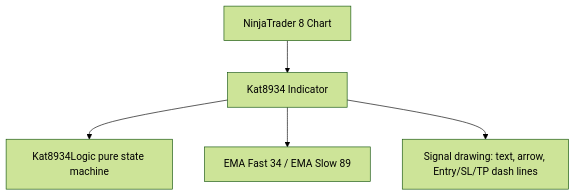
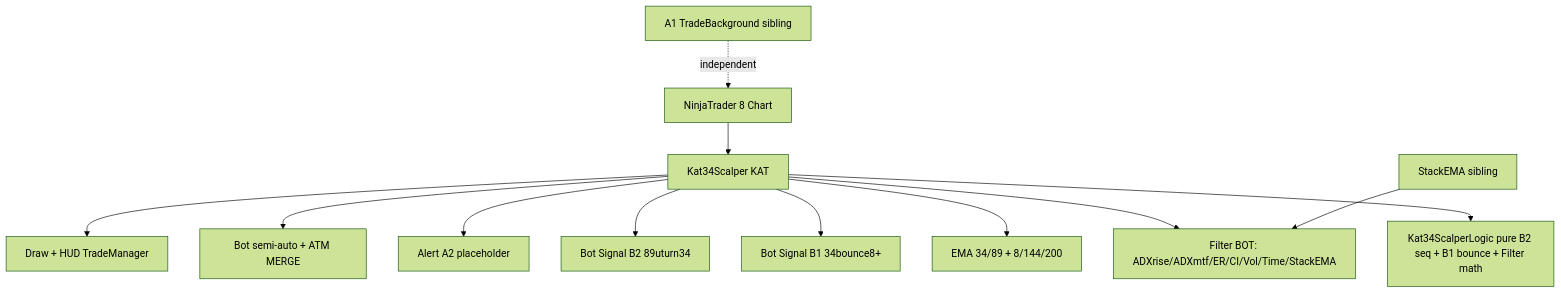
The diagram in DIARY.md (zenaimaster-lab/nt8-kat-8934), drawn with Mermaid (forest theme) before and after one commit. The commit also changed other lines of this file and 8 other files, not shown here.

Commit message:
v0.97 (2026-08-08): re-audit 2 polish - rm AtmMerge write-only fields, rm HudFactory unused brushes, annotate PassMarketFilter/A1 orphan, NY try/catch, mermaid Kat8934->Kat34, CI gate NinjaTrader-only skip, graph refresh

````diff
--- a/DIARY.md
+++ b/DIARY.md
@@ -5,7 +5,14 @@
 ```mermaid
 graph TD
-    A[NinjaTrader 8 Chart] --> B[Kat8934 Indicator]
-    B --> C[Kat8934Logic pure state machine]
-    B --> D[EMA Fast 34 / EMA Slow 89]
-    B --> E[Signal drawing: text, arrow, Entry/SL/TP dash lines]
+    A[NinjaTrader 8 Chart] --> B[Kat34Scalper KAT]
+    B --> C[Kat34ScalperLogic pure B2 seq + B1 bounce + Filter math]
+    B --> D[EMA 34/89 + 8/144/200]
+    B --> E[Filter BOT: ADXrise/ADXmtf/ER/CI/Vol/Time/StackEMA]
+    B --> F[Bot Signal B1 34bounce8+]
+    B --> G[Bot Signal B2 89uturn34]
+    B --> H[Alert A2 placeholder]
+    B --> I[Bot semi-auto + ATM MERGE]
+    B --> J[Draw + HUD TradeManager]
+    K[StackEMA sibling] --> E
+    L[A1 TradeBackground sibling] -. independent .-> A
 ```
````
